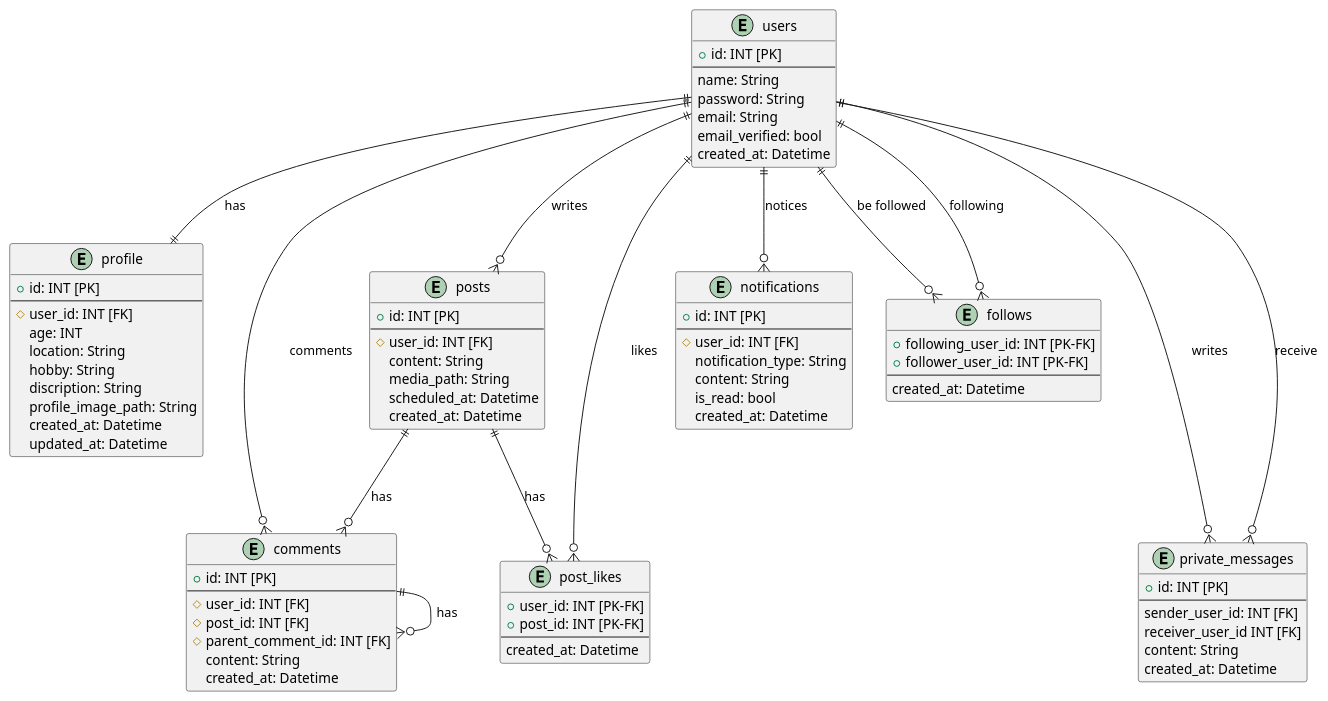
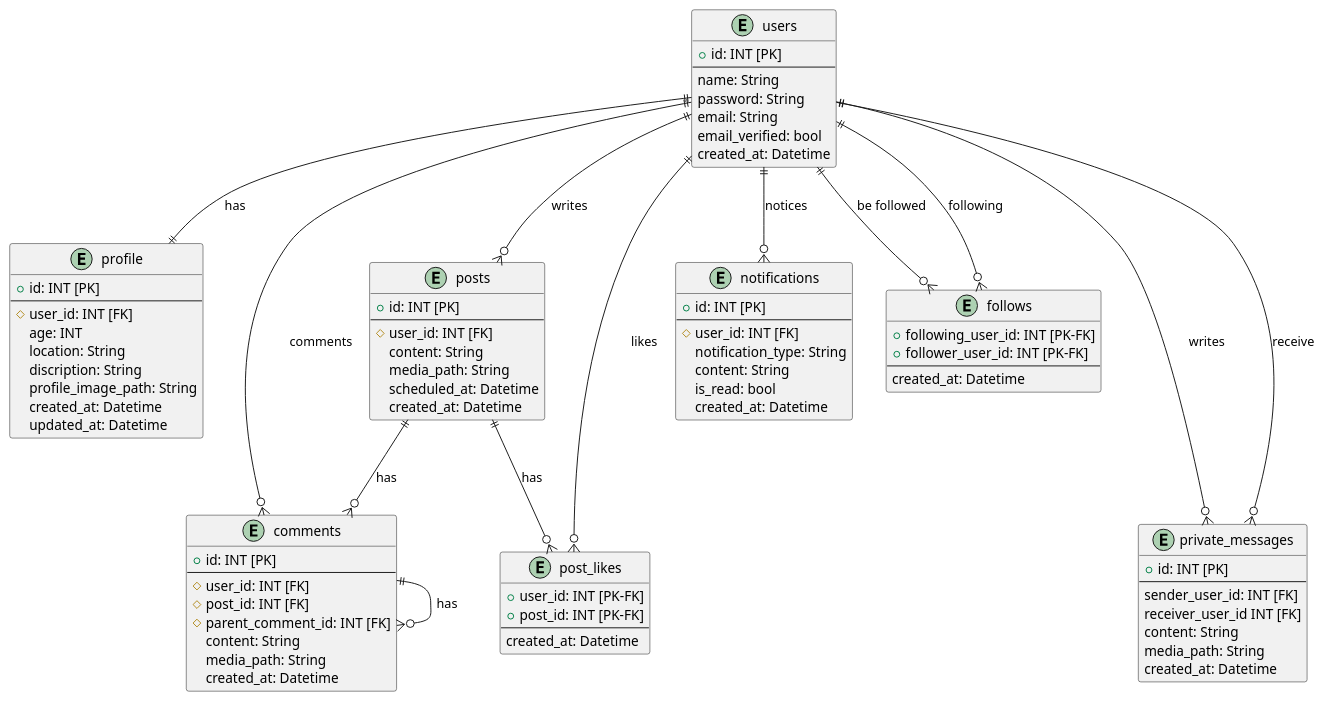
One commit to AkinoJoey/SocialNetworkingService changed the diagram in diagrams/er/er.pu. Above: the diagram before and after it, drawn with PlantUML. The commit also changed 13 other files, not shown here.

```diff
--- a/diagrams/er/er.pu
+++ b/diagrams/er/er.pu
@@ -1,93 +1,94 @@
 @startuml er
 
 Entity users{
     + id: INT [PK]
     --
     name: String
     password: String
     email: String
     email_verified: bool
     created_at: Datetime
 }
 
 Entity profile{
     + id: INT [PK]
     --
     # user_id: INT [FK]
     age: INT
     location: String
-    hobby: String
     discription: String
     profile_image_path: String
     created_at: Datetime
     updated_at: Datetime
 }
 
 Entity posts{
     + id: INT [PK]
     --
     # user_id: INT [FK]
     content: String
     media_path: String
     scheduled_at: Datetime
     created_at: Datetime
 }
 
 Entity comments{
     + id: INT [PK]
     --
     # user_id: INT [FK]
     # post_id: INT [FK]
     # parent_comment_id: INT [FK]
     content: String
+    media_path: String
     created_at: Datetime
 }
 
 Entity post_likes{
     + user_id: INT [PK-FK]
     + post_id: INT [PK-FK]
     --
     created_at: Datetime
 }
 
 Entity notifications{
     + id: INT [PK]
     --
     # user_id: INT [FK]
     notification_type: String
     content: String
     is_read: bool
     created_at: Datetime
 }
 
 Entity follows{
     + following_user_id: INT [PK-FK]
     + follower_user_id: INT [PK-FK]
     --
     created_at: Datetime
 }
 
 Entity private_messages{
     + id: INT [PK]
     --
     sender_user_id: INT [FK]
     receiver_user_id INT [FK]
     content: String
+    media_path: String
     created_at: Datetime
 }
 
 
 users ||--o{ posts: writes
 users ||--o{ comments: comments
 posts ||--o{ comments: has
 posts ||--o{ post_likes: has
 comments ||--o{ comments: has
 users ||--o{ follows: following
 users ||--o{ follows: be followed
 users ||---o{ private_messages: writes
 users ||---o{ private_messages: receive
 users ||--o{ notifications: notices
 users ||--o{ post_likes: likes
 users ||--|| profile: has
 
 @enduml
```
